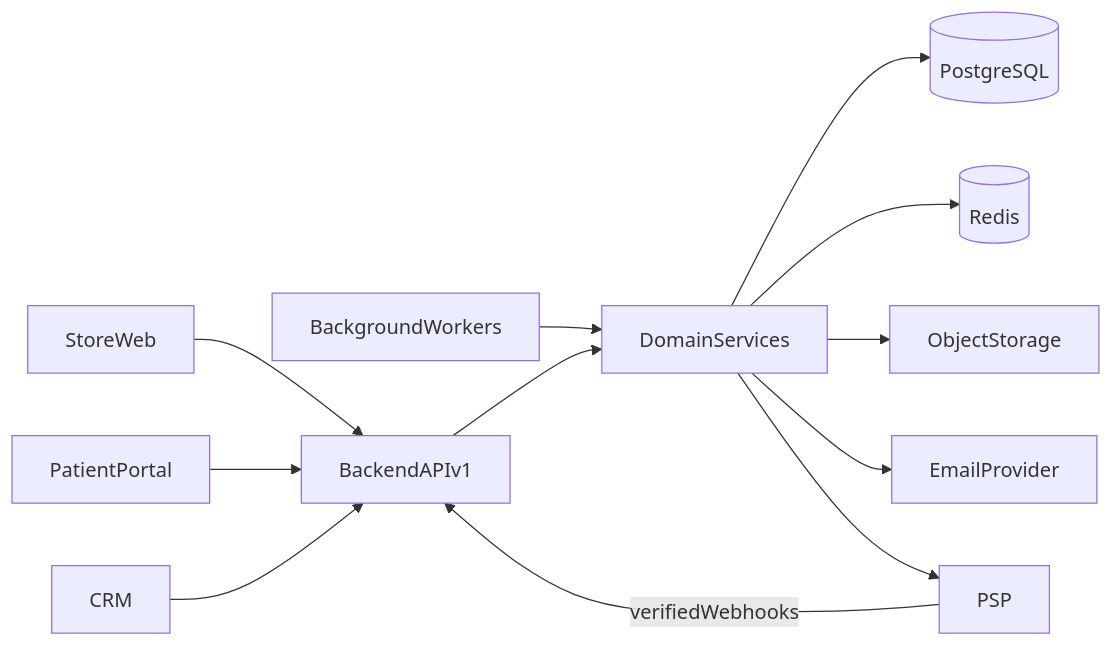
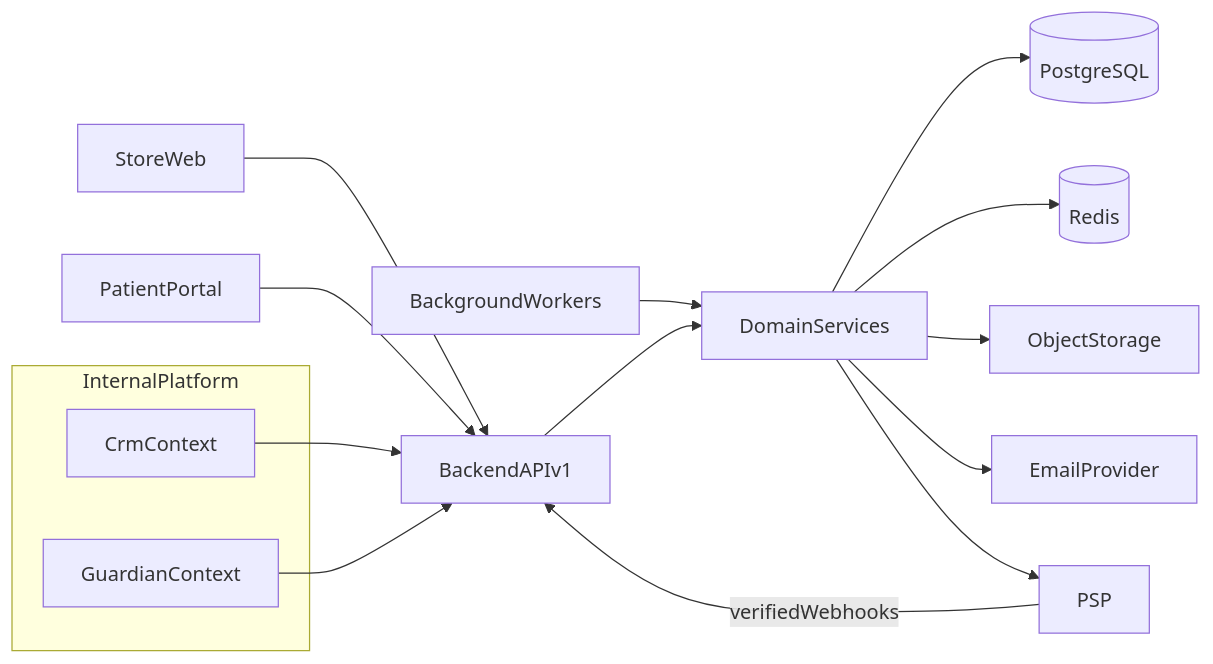
Before and after one commit to theabhissengar/clinexa-platform: the first of 4 diagrams in docs/11-api-design.md, drawn with Mermaid. The commit also changed other lines of this file and 22 other files, not shown here.

Commit message:
Document Clinexa ecosystem and Internal Platform (CRM + Guardian).

````diff
--- a/docs/11-api-design.md
+++ b/docs/11-api-design.md
@@ -229,14 +261,19 @@
 ```mermaid
 flowchart LR
   Store[StoreWeb] --> API[BackendAPIv1]
   Portal[PatientPortal] --> API
-  CRM[CRM] --> API
+  subgraph InternalPlatform[InternalPlatform]
+    CRM[CrmContext]
+    Guardian[GuardianContext]
+  end
+  CRM --> API
+  Guardian --> API
   PSP[PSP] -->|verifiedWebhooks| API
   Workers[BackgroundWorkers] --> Domain[DomainServices]
   API --> Domain
   Domain --> PG[(PostgreSQL)]
   Domain --> Redis[(Redis)]
   Domain --> Objects[ObjectStorage]
   Domain --> Email[EmailProvider]
   Domain --> PSP
 ```
````
